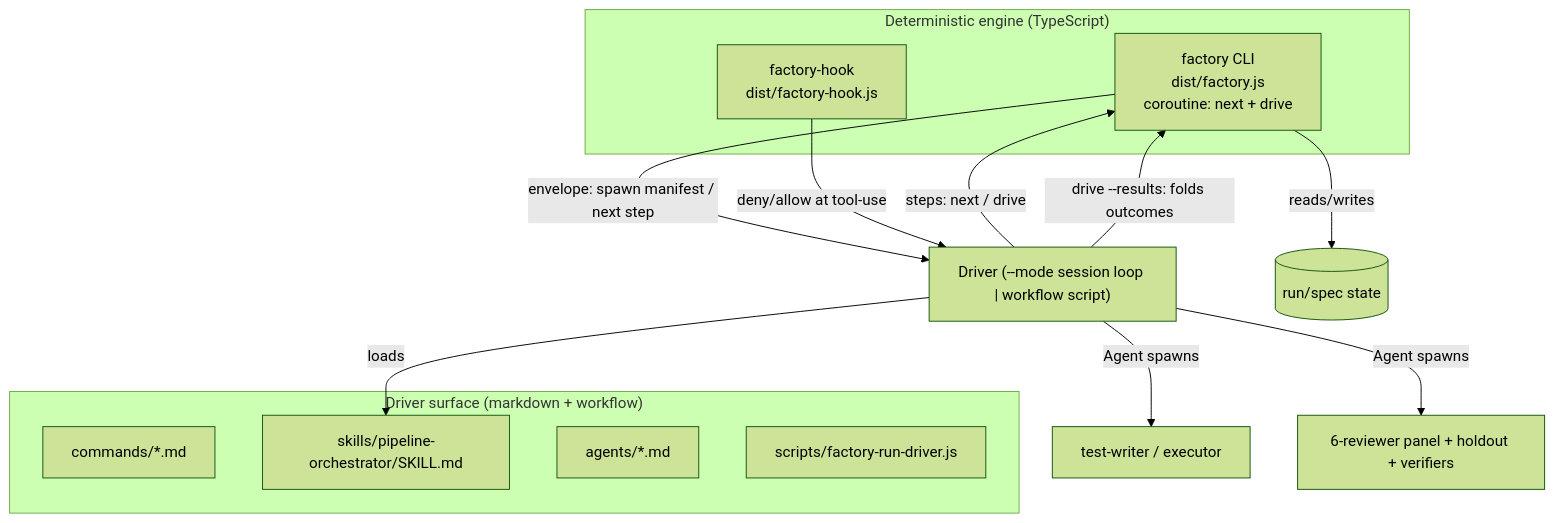
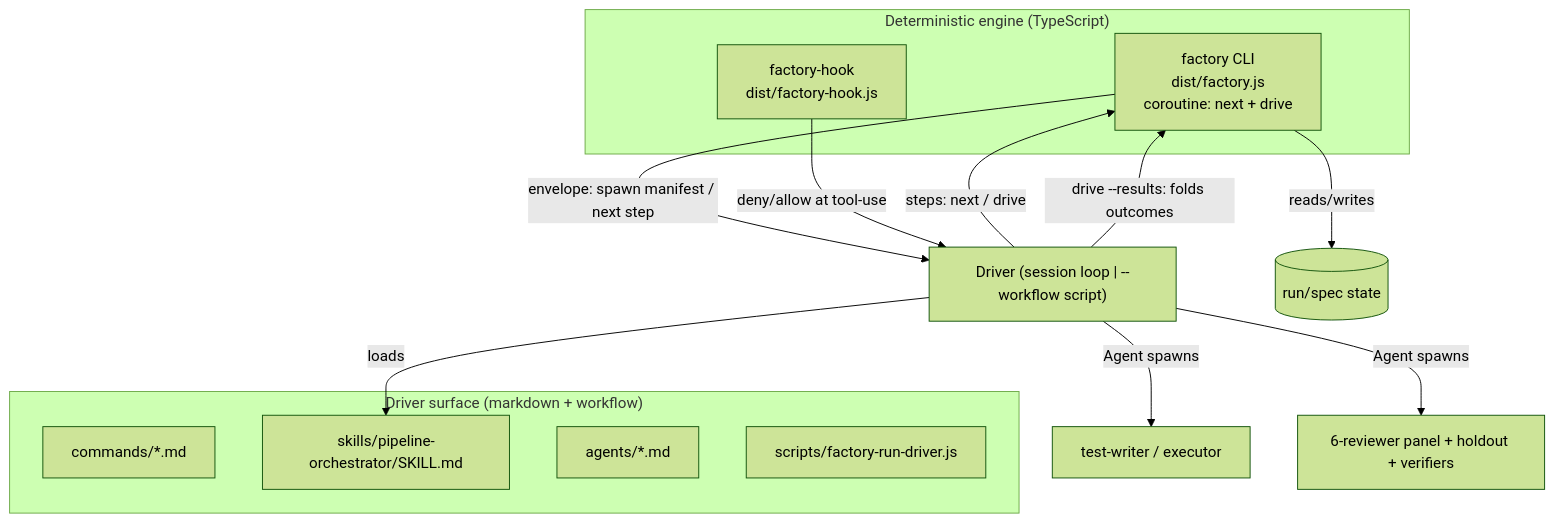
One commit to jfa94/factory changed the second of 3 diagrams in docs/architecture/overview.md. Above: the diagram before and after it, drawn with Mermaid (forest theme). The commit also changed other lines of this file and 25 other files, not shown here.

First line of the commit message:
feat(cli): default session+live; --workflow/--no-ship replace --mode/--ship-mode

````diff
--- a/docs/architecture/overview.md
+++ b/docs/architecture/overview.md
@@ -35,23 +35,23 @@
 ```mermaid
 graph TD
   subgraph Surface["Driver surface (markdown + workflow)"]
     Cmd[commands/*.md]
     Skill[skills/pipeline-orchestrator/SKILL.md]
     Agents[agents/*.md]
     WF[scripts/factory-run-driver.js]
   end
 
   subgraph Engine["Deterministic engine (TypeScript)"]
     CLI[factory CLI<br/>dist/factory.js<br/>coroutine: next + drive]
     Hook[factory-hook<br/>dist/factory-hook.js]
   end
 
-  Driver["Driver (--mode session loop | workflow script)"] -->|loads| Skill
+  Driver["Driver (session loop | --workflow script)"] -->|loads| Skill
   Driver -->|steps: next / drive| CLI
   CLI -->|envelope: spawn manifest / next step| Driver
   Driver -->|Agent spawns| Producers[test-writer / executor]
   Driver -->|Agent spawns| Panel[6-reviewer panel + holdout + verifiers]
   Driver -->|drive --results: folds outcomes| CLI
   CLI -->|reads/writes| State[(run/spec state)]
   Hook -->|deny/allow at tool-use| Driver
 ```
````
